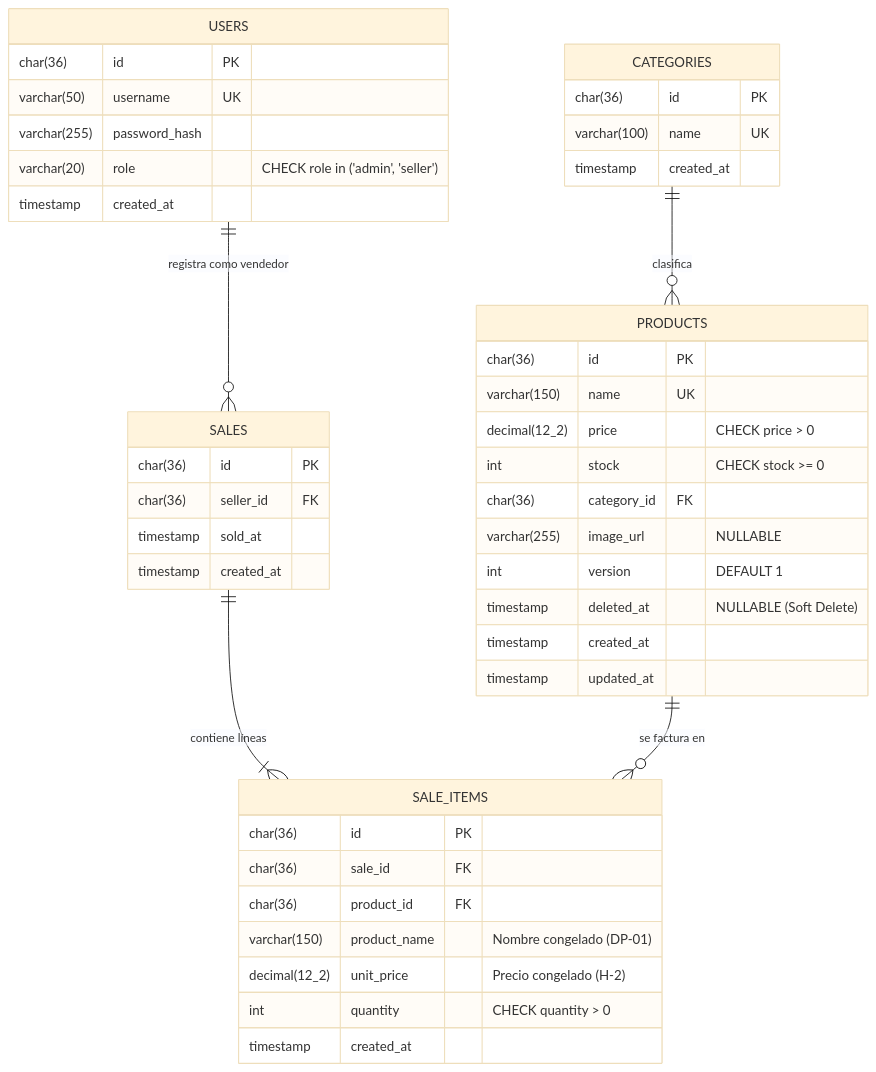
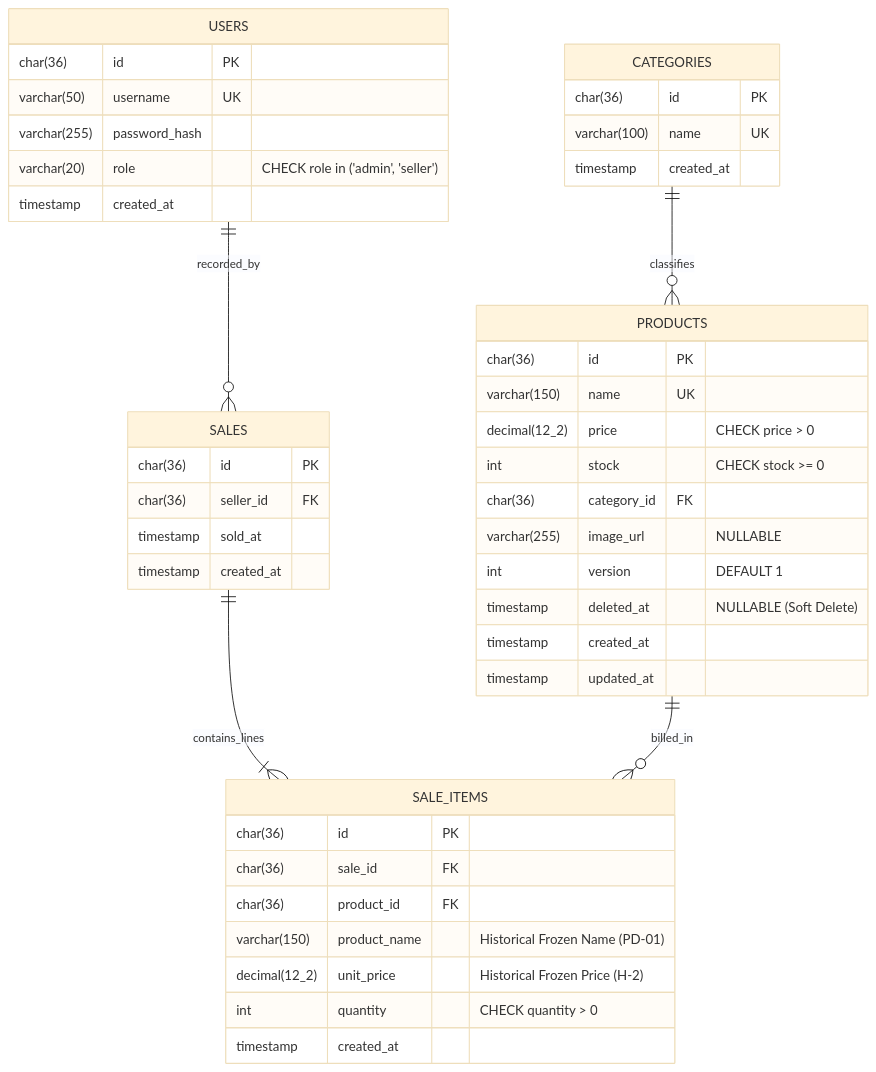
One commit to Kevin81A/test-simple-stock-flow changed the second of 3 diagrams in docs/ENTREGA-TECNICA.md. Above: the diagram before and after it, drawn with Mermaid (base theme). The commit also changed other lines of this file and 47 other files, not shown here.

````diff
--- a/docs/ENTREGA-TECNICA.md
+++ b/docs/ENTREGA-TECNICA.md
@@ -86,51 +86,51 @@
 ```mermaid
 erDiagram
-    CATEGORIES ||--o{ PRODUCTS : "clasifica"
-    USERS ||--o{ SALES : "registra como vendedor"
-    SALES ||--|{ SALE_ITEMS : "contiene líneas"
-    PRODUCTS ||--o{ SALE_ITEMS : "se factura en"
+    CATEGORIES ||--o{ PRODUCTS : "classifies"
+    USERS ||--o{ SALES : "recorded_by"
+    SALES ||--|{ SALE_ITEMS : "contains_lines"
+    PRODUCTS ||--o{ SALE_ITEMS : "billed_in"
 
     CATEGORIES {
         char(36) id PK
         varchar(100) name UK
         timestamp created_at
     }
 
     USERS {
         char(36) id PK
         varchar(50) username UK
         varchar(255) password_hash
         varchar(20) role "CHECK role in ('admin', 'seller')"
         timestamp created_at
     }
 
     PRODUCTS {
         char(36) id PK
         varchar(150) name UK
         decimal(12_2) price "CHECK price > 0"
         int stock "CHECK stock >= 0"
         char(36) category_id FK
         varchar(255) image_url "NULLABLE"
         int version "DEFAULT 1"
         timestamp deleted_at "NULLABLE (Soft Delete)"
         timestamp created_at
         timestamp updated_at
     }
 
     SALES {
         char(36) id PK
         char(36) seller_id FK
         timestamp sold_at
         timestamp created_at
     }
 
     SALE_ITEMS {
         char(36) id PK
         char(36) sale_id FK
         char(36) product_id FK
-        varchar(150) product_name "Nombre congelado (DP-01)"
-        decimal(12_2) unit_price "Precio congelado (H-2)"
+        varchar(150) product_name "Historical Frozen Name (PD-01)"
+        decimal(12_2) unit_price "Historical Frozen Price (H-2)"
         int quantity "CHECK quantity > 0"
         timestamp created_at
     }
 ```
````
